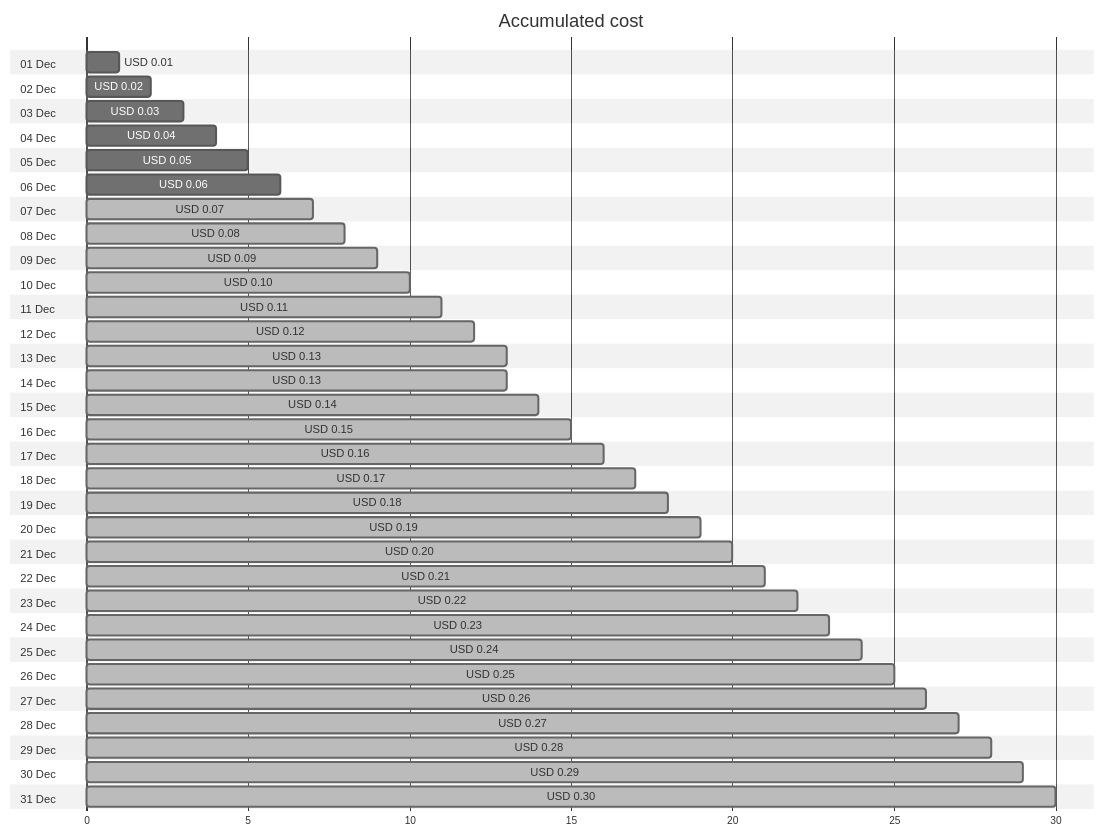
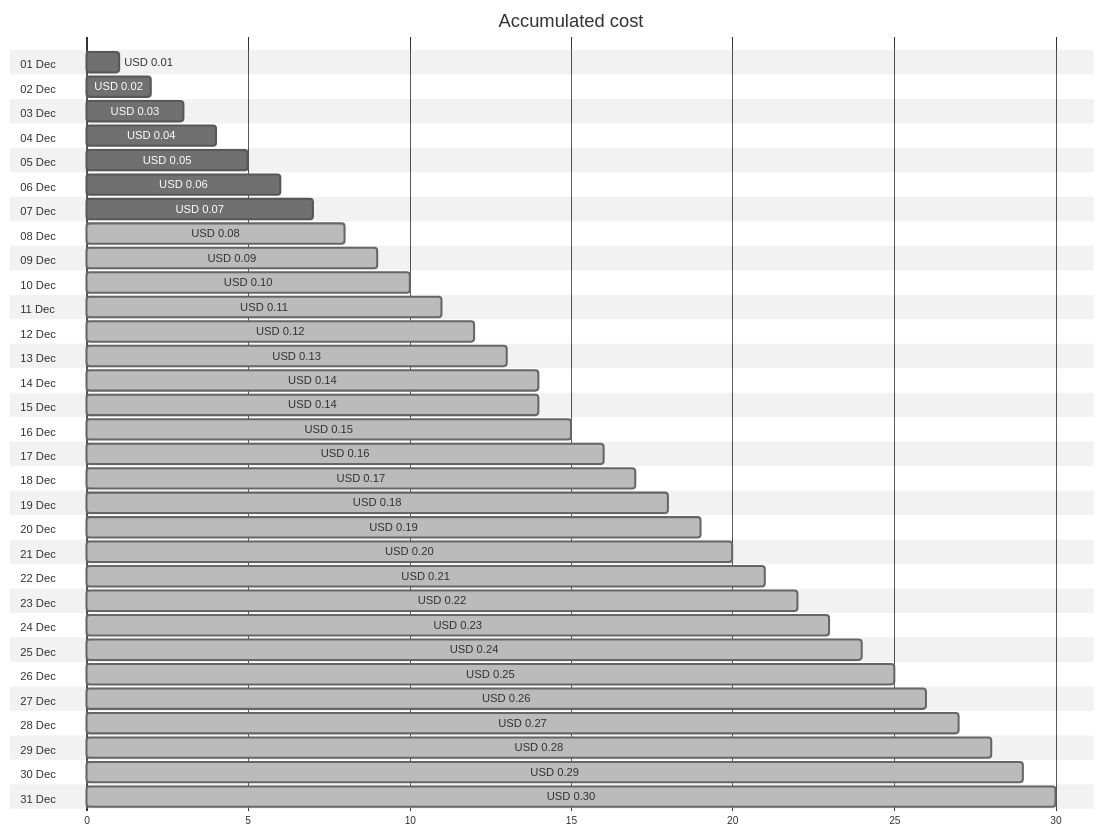
One commit to jpfulton/azure-personal-reports changed the first of 4 diagrams in cost-reports/cloud-shell-storage-eastus/README.md. Above: the diagram before and after it, drawn with Mermaid (neutral theme). The commit also changed other lines of this file and 1 other file, not shown here.

````diff
--- a/cost-reports/cloud-shell-storage-eastus/README.md
+++ b/cost-reports/cloud-shell-storage-eastus/README.md
@@ -20,68 +20,68 @@
 ```mermaid
 gantt
    title Accumulated cost
    dateFormat  X
    axisFormat %s
    section 01 Dec
    USD 0.01 :0, 1
    section 02 Dec
    USD 0.02 :0, 2
    section 03 Dec
    USD 0.03 :0, 3
    section 04 Dec
    USD 0.04 :0, 4
    section 05 Dec
    USD 0.05 :0, 5
    section 06 Dec
    USD 0.06 :0, 6
    section 07 Dec
-   USD 0.07 : done, 0, 7
+   USD 0.07 :0, 7
    section 08 Dec
    USD 0.08 : done, 0, 8
    section 09 Dec
    USD 0.09 : done, 0, 9
    section 10 Dec
    USD 0.10 : done, 0, 10
    section 11 Dec
    USD 0.11 : done, 0, 11
    section 12 Dec
    USD 0.12 : done, 0, 12
    section 13 Dec
    USD 0.13 : done, 0, 13
    section 14 Dec
-   USD 0.13 : done, 0, 13
+   USD 0.14 : done, 0, 14
    section 15 Dec
    USD 0.14 : done, 0, 14
    section 16 Dec
    USD 0.15 : done, 0, 15
    section 17 Dec
    USD 0.16 : done, 0, 16
    section 18 Dec
    USD 0.17 : done, 0, 17
    section 19 Dec
    USD 0.18 : done, 0, 18
    section 20 Dec
    USD 0.19 : done, 0, 19
    section 21 Dec
    USD 0.20 : done, 0, 20
    section 22 Dec
    USD 0.21 : done, 0, 21
    section 23 Dec
    USD 0.22 : done, 0, 22
    section 24 Dec
    USD 0.23 : done, 0, 23
    section 25 Dec
    USD 0.24 : done, 0, 24
    section 26 Dec
    USD 0.25 : done, 0, 25
    section 27 Dec
    USD 0.26 : done, 0, 26
    section 28 Dec
    USD 0.27 : done, 0, 27
    section 29 Dec
    USD 0.28 : done, 0, 28
    section 30 Dec
    USD 0.29 : done, 0, 29
    section 31 Dec
    USD 0.30 : done, 0, 30
 ```
````
